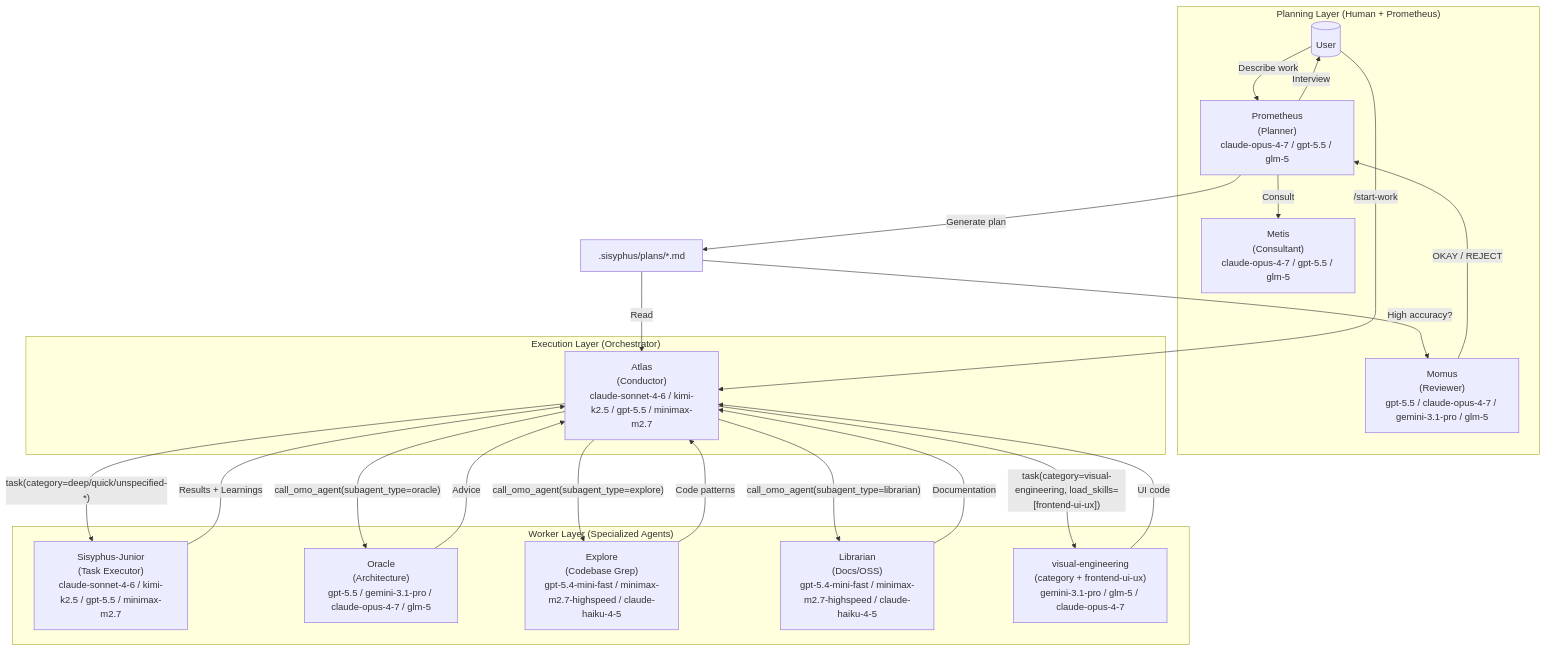
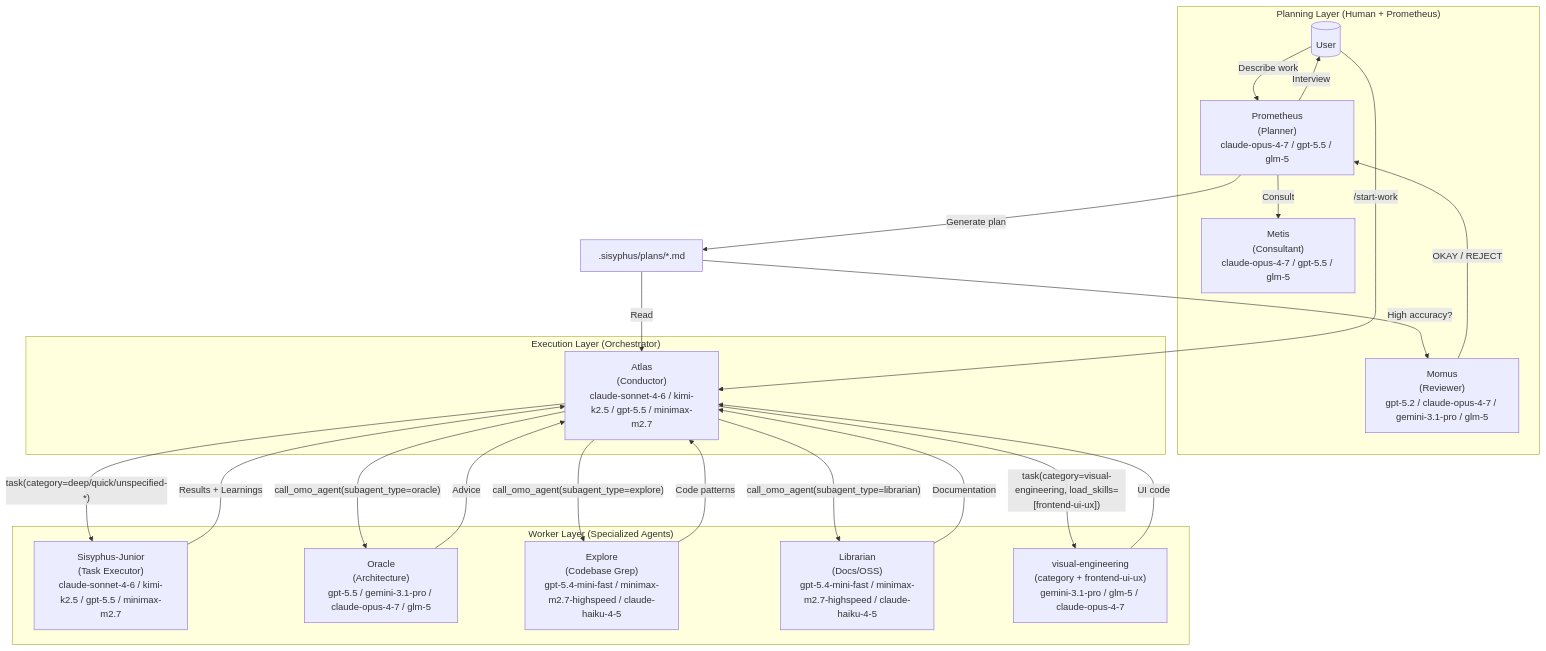
Before and after one commit to ranxianglei/oh-my-openagent: the first of 3 diagrams in docs/guide/orchestration.md, drawn with Mermaid. The commit also changed other lines of this file and 13 other files, not shown here.

````diff
--- a/docs/guide/orchestration.md
+++ b/docs/guide/orchestration.md
@@ -34,43 +34,43 @@
 ```mermaid
 flowchart TB
     subgraph Planning["Planning Layer (Human + Prometheus)"]
         User[(" User")]
         Prometheus[" Prometheus<br/>(Planner)<br/>claude-opus-4-7 / gpt-5.5 / glm-5"]
         Metis[" Metis<br/>(Consultant)<br/>claude-opus-4-7 / gpt-5.5 / glm-5"]
-        Momus[" Momus<br/>(Reviewer)<br/>gpt-5.5 / claude-opus-4-7 / gemini-3.1-pro / glm-5"]
+        Momus[" Momus<br/>(Reviewer)<br/>gpt-5.2 / claude-opus-4-7 / gemini-3.1-pro / glm-5"]
     end
 
     subgraph Execution["Execution Layer (Orchestrator)"]
         Orchestrator[" Atlas<br/>(Conductor)<br/>claude-sonnet-4-6 / kimi-k2.5 / gpt-5.5 / minimax-m2.7"]
     end
 
     subgraph Workers["Worker Layer (Specialized Agents)"]
         Junior[" Sisyphus-Junior<br/>(Task Executor)<br/>claude-sonnet-4-6 / kimi-k2.5 / gpt-5.5 / minimax-m2.7"]
         Oracle[" Oracle<br/>(Architecture)<br/>gpt-5.5 / gemini-3.1-pro / claude-opus-4-7 / glm-5"]
         Explore[" Explore<br/>(Codebase Grep)<br/>gpt-5.4-mini-fast / minimax-m2.7-highspeed / claude-haiku-4-5"]
         Librarian[" Librarian<br/>(Docs/OSS)<br/>gpt-5.4-mini-fast / minimax-m2.7-highspeed / claude-haiku-4-5"]
         Frontend[" visual-engineering<br/>(category + frontend-ui-ux)<br/>gemini-3.1-pro / glm-5 / claude-opus-4-7"]
     end
 
     User -->|"Describe work"| Prometheus
     Prometheus -->|"Consult"| Metis
     Prometheus -->|"Interview"| User
     Prometheus -->|"Generate plan"| Plan[".sisyphus/plans/*.md"]
     Plan -->|"High accuracy?"| Momus
     Momus -->|"OKAY / REJECT"| Prometheus
 
     User -->|"/start-work"| Orchestrator
     Plan -->|"Read"| Orchestrator
 
     Orchestrator -->|"task(category=deep/quick/unspecified-*)"| Junior
     Orchestrator -->|"call_omo_agent(subagent_type=oracle)"| Oracle
     Orchestrator -->|"call_omo_agent(subagent_type=explore)"| Explore
     Orchestrator -->|"call_omo_agent(subagent_type=librarian)"| Librarian
     Orchestrator -->|"task(category=visual-engineering, load_skills=[frontend-ui-ux])"| Frontend
 
     Junior -->|"Results + Learnings"| Orchestrator
     Oracle -->|"Advice"| Orchestrator
     Explore -->|"Code patterns"| Orchestrator
     Librarian -->|"Documentation"| Orchestrator
     Frontend -->|"UI code"| Orchestrator
 ```
````
